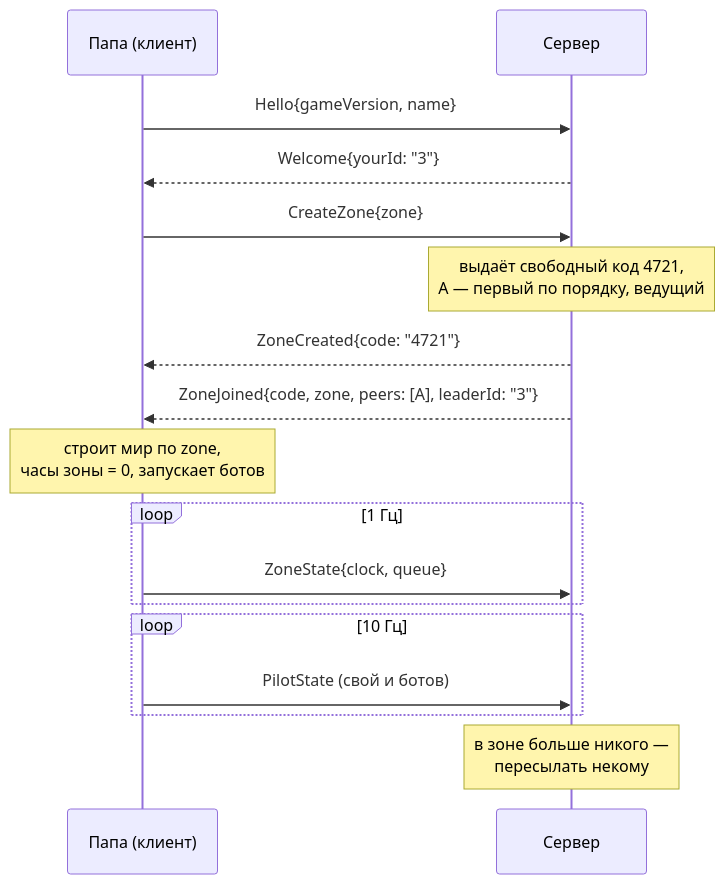
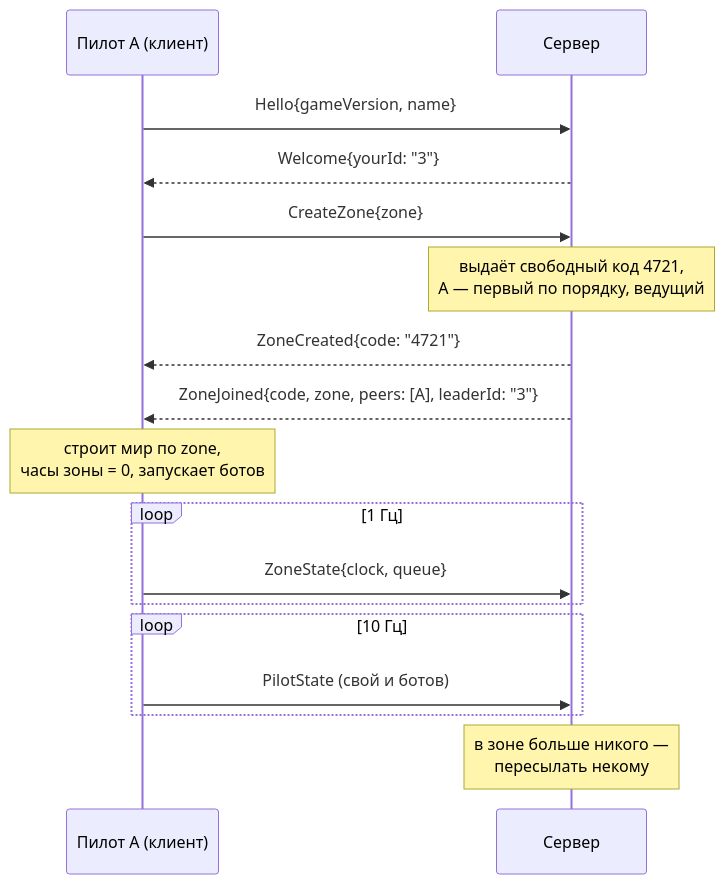
One commit to thegriglat/deltaplan changed the first of 4 diagrams in docs/net_protocol.md. Above: the diagram before and after it, drawn with Mermaid. The commit also changed other lines of this file and 17 other files, not shown here.

First line of the commit message:
Документы: «мама/папа/родители» → «пилот(ы)» для публикации на сайте

````diff
--- a/docs/net_protocol.md
+++ b/docs/net_protocol.md
@@ -221,19 +221,19 @@
 ```mermaid
 sequenceDiagram
-    participant A as Папа (клиент)
+    participant A as Пилот А (клиент)
     participant S as Сервер
     A->>S: Hello{gameVersion, name}
     S-->>A: Welcome{yourId: "3"}
     A->>S: CreateZone{zone}
     Note over S: выдаёт свободный код 4721,<br/>A — первый по порядку, ведущий
     S-->>A: ZoneCreated{code: "4721"}
     S-->>A: ZoneJoined{code, zone, peers: [A], leaderId: "3"}
     Note over A: строит мир по zone,<br/>часы зоны = 0, запускает ботов
     loop 1 Гц
         A->>S: ZoneState{clock, queue}
     end
     loop 10 Гц
         A->>S: PilotState (свой и ботов)
     end
     Note over S: в зоне больше никого —<br/>пересылать некому
 ```
````
